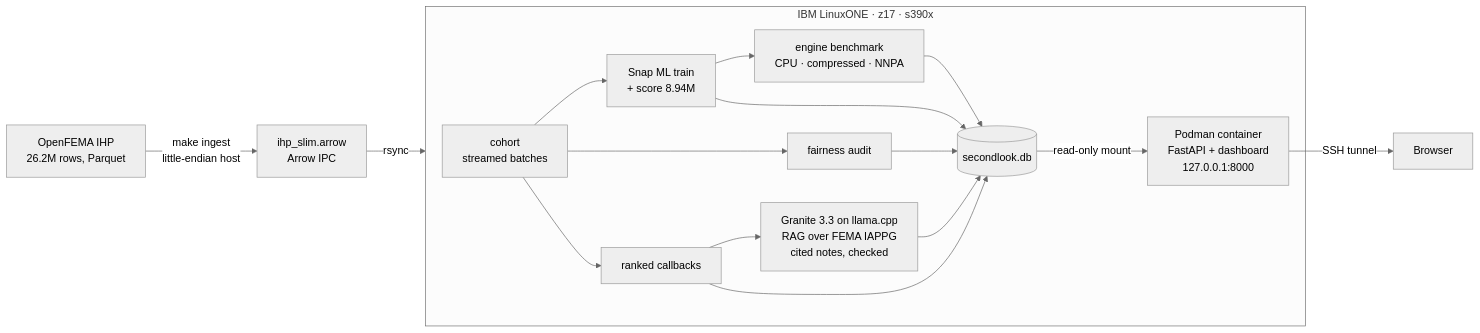
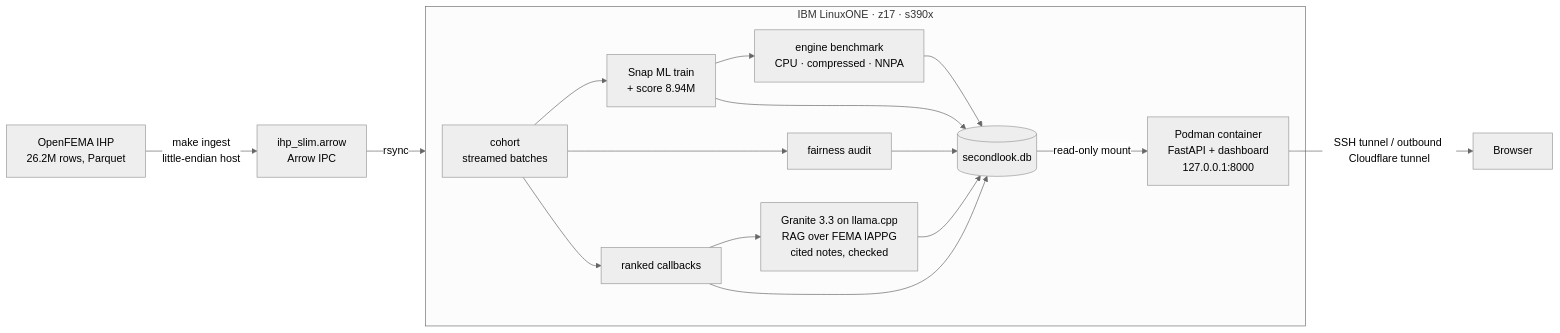
The diagram in README.md (Mahirrrr/ibm-z-datathon-2026), drawn with Mermaid (neutral theme) before and after one commit. The commit also changed other lines of this file and 5 other files, not shown here.

````diff
--- a/README.md
+++ b/README.md
@@ -52,15 +54,15 @@
 ```mermaid
 flowchart LR
     F[OpenFEMA IHP<br/>26.2M rows, Parquet] -->|make ingest<br/>little-endian host| S[ihp_slim.arrow<br/>Arrow IPC]
     S -->|rsync| Z
     subgraph Z[IBM LinuxONE · z17 · s390x]
         C[cohort<br/>streamed batches] --> T[Snap ML train<br/>+ score 8.94M]
         T --> B[engine benchmark<br/>CPU · compressed · NNPA]
         C --> FA[fairness audit]
         C --> R[ranked callbacks]
         R --> G[Granite 3.3 on llama.cpp<br/>RAG over FEMA IAPPG<br/>cited notes, checked]
         T & FA & R & B & G --> DB[(secondlook.db)]
         DB -->|read-only mount| P[Podman container<br/>FastAPI + dashboard<br/>127.0.0.1:8000]
     end
-    P -->|SSH tunnel| U[Browser]
+    P -->|SSH tunnel / outbound Cloudflare tunnel| U[Browser]
 ```
````
